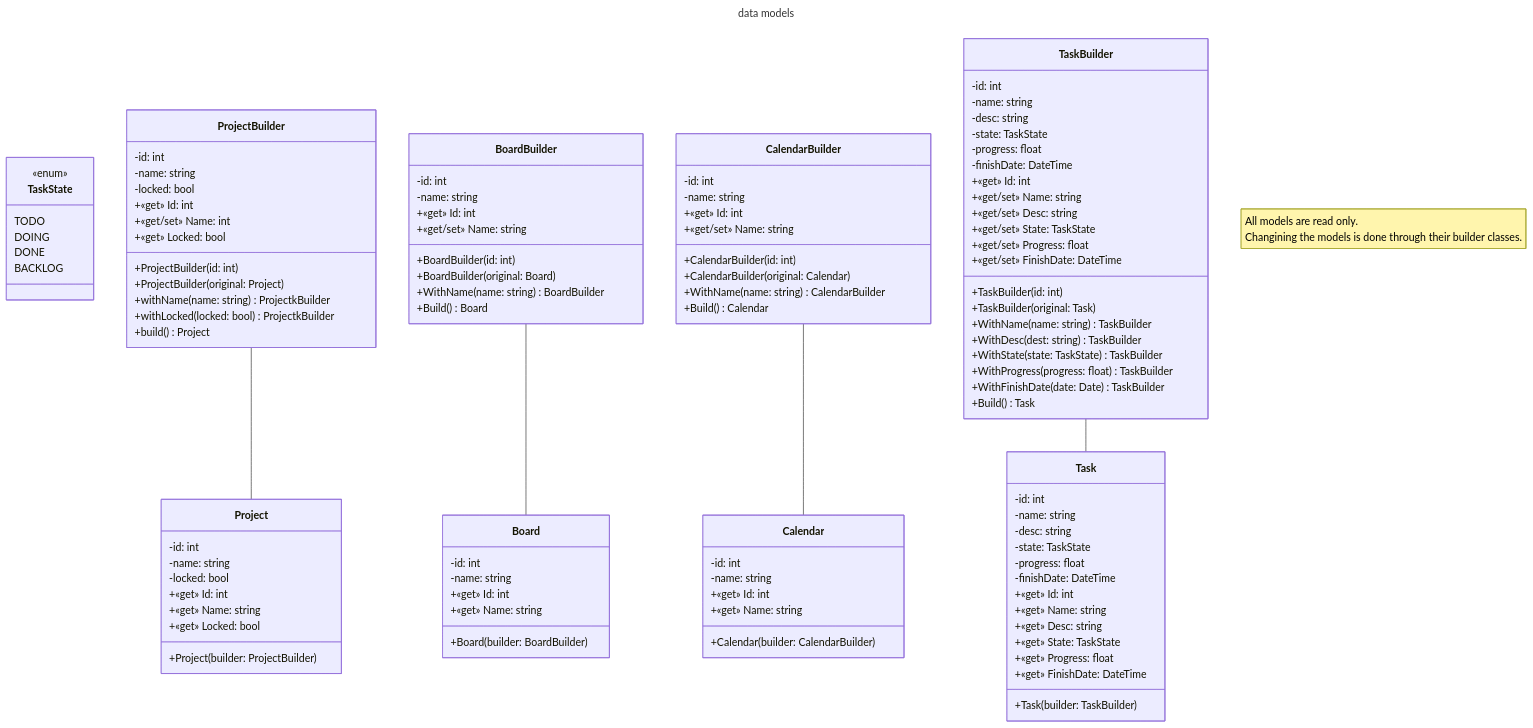
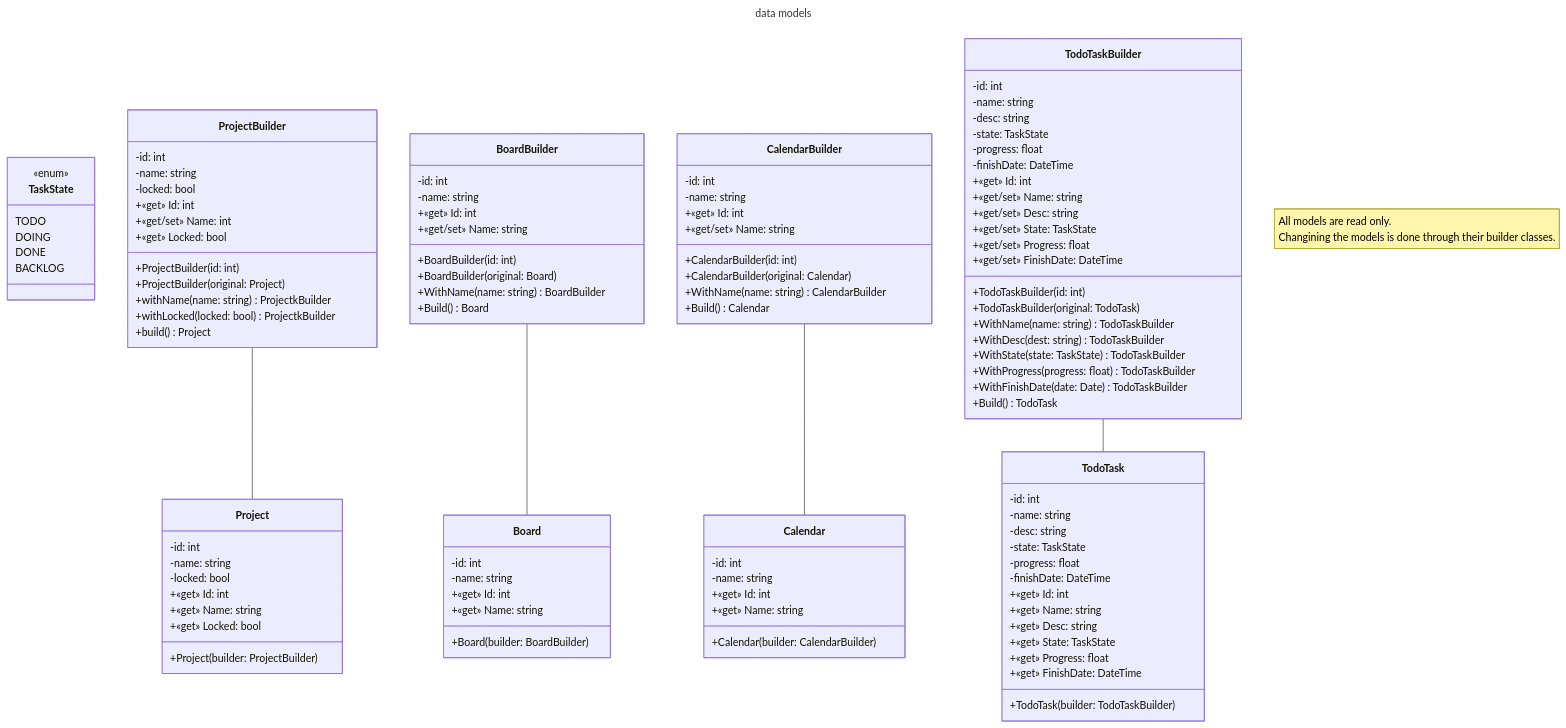
The diagram in docs/uml/Domain/Model.md (tadeas223/todo_list), drawn with Mermaid before and after one commit. The commit also changed 7 other files, not shown here.

Commit message:
renamed Task to TodoTask

````diff
--- a/docs/uml/Domain/Model.md
+++ b/docs/uml/Domain/Model.md
@@ -9,17 +9,17 @@
     class Project
     class Board
     class Calendar
-    class Task
+    class TodoTask
     
     class ProjectBuilder
     class BoardBuilder
     class CalendarBuilder
-    class TaskBuilder
+    class TodoTaskBuilder
 
-    ProjectBuilder -- Project
-    TaskBuilder   -- Task
-    BoardBuilder   -- Board
-    CalendarBuilder   -- Calendar
+    ProjectBuilder  -- Project
+    TodoTaskBuilder     -- TodoTask
+    BoardBuilder    -- Board
+    CalendarBuilder -- Calendar
     
     note "All models are read only. <br>Changining the models is done through their builder classes."
     
@@ -64,7 +64,7 @@
         +Calendar(builder: CalendarBuilder)
     }
 
-    class Task {
+    class TodoTask {
         -id: int
         -name: string
         -desc: string
@@ -79,7 +79,7 @@
         +«get» Progress: float
         +«get» FinishDate: DateTime
 
-        +Task(builder: TaskBuilder)
+        +TodoTask(builder: TodoTaskBuilder)
     }
 
     class ProjectBuilder {
@@ -124,7 +124,7 @@
         +Build() Calendar
     }
 
-    class TaskBuilder {
+    class TodoTaskBuilder {
         -id: int
         -name: string
         -desc: string
@@ -139,14 +139,14 @@
         +«get/set» Progress: float
         +«get/set» FinishDate: DateTime
 
-        +TaskBuilder(id: int)
-        +TaskBuilder(original: Task)
-        +WithName(name: string) TaskBuilder
-        +WithDesc(dest: string) TaskBuilder
-        +WithState(state: TaskState) TaskBuilder
-        +WithProgress(progress: float) TaskBuilder
-        +WithFinishDate(date: Date) TaskBuilder
-        +Build() Task 
+        +TodoTaskBuilder(id: int)
+        +TodoTaskBuilder(original: TodoTask)
+        +WithName(name: string) TodoTaskBuilder
+        +WithDesc(dest: string) TodoTaskBuilder
+        +WithState(state: TaskState) TodoTaskBuilder
+        +WithProgress(progress: float) TodoTaskBuilder
+        +WithFinishDate(date: Date) TodoTaskBuilder
+        +Build() TodoTask 
     }
 
 ```
````
